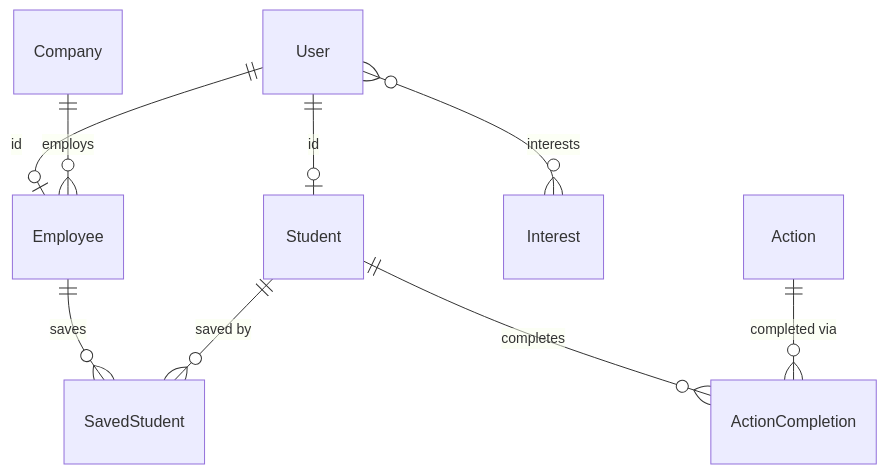
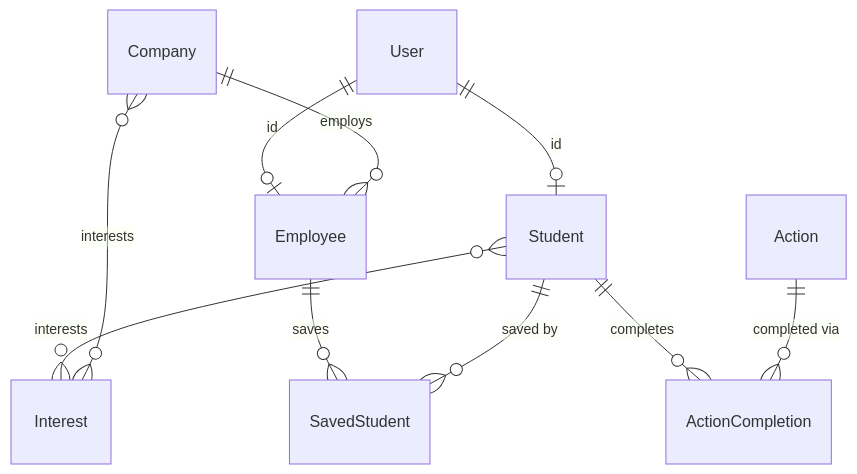
The diagram in AGENTS.md (Nucleo-Estudantes-Informatica-ISEP/fallstack-website), drawn with Mermaid before and after one commit. The commit also changed other lines of this file, not shown here.

Commit message:
docs: update interest data model documentation

````diff
--- a/AGENTS.md
+++ b/AGENTS.md
@@ -100,11 +100,12 @@
 ```mermaid
 erDiagram
   User ||--o| Student : "id"
   User ||--o| Employee : "id"
-  User }o--o{ Interest : "interests"
+  Student }o--o{ Interest : "interests"
+  Company }o--o{ Interest : "interests"
   Company ||--o{ Employee : "employs"
   Employee ||--o{ SavedStudent : "saves"
   Student ||--o{ SavedStudent : "saved by"
   Student ||--o{ ActionCompletion : "completes"
   Action ||--o{ ActionCompletion : "completed via"
 ```
````
